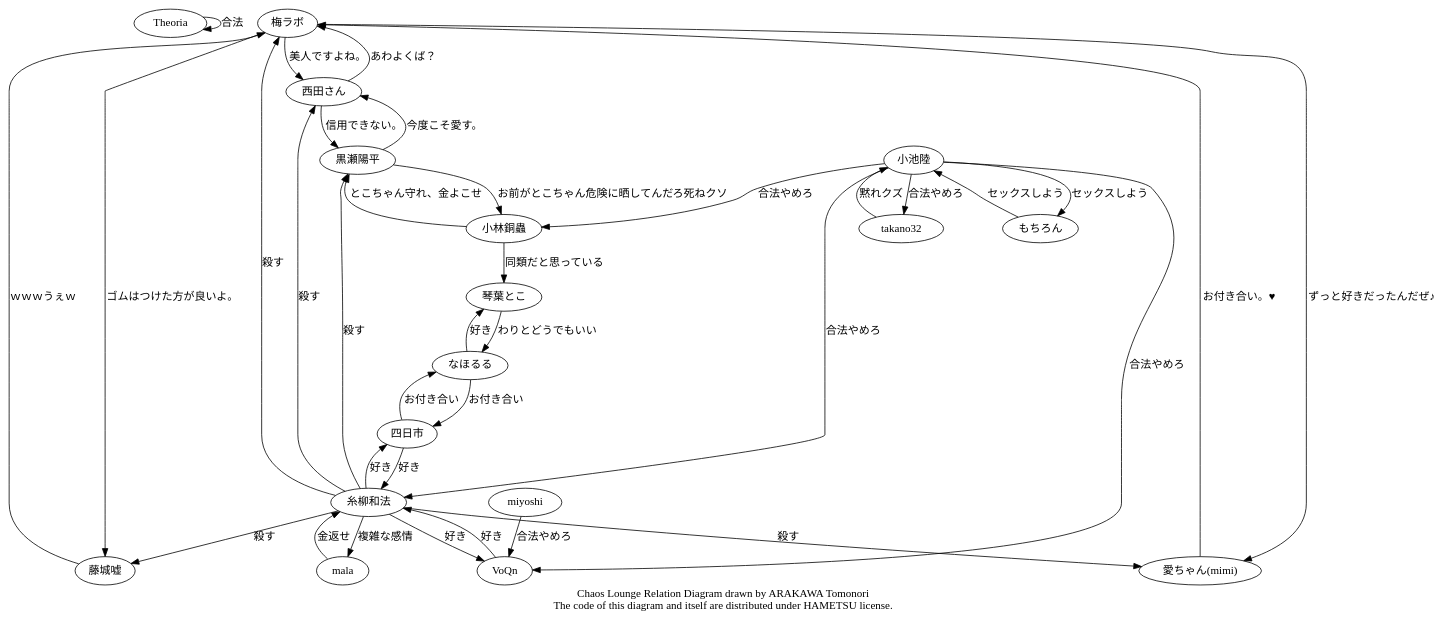
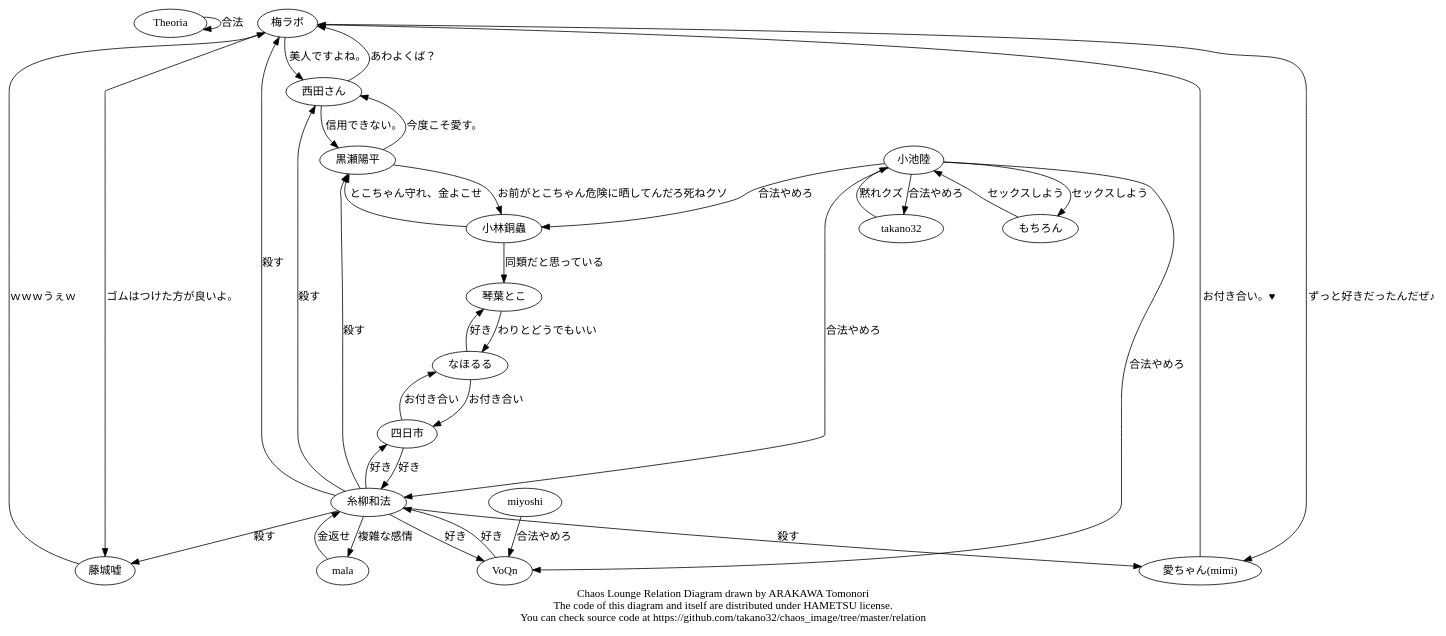
The diagram in chaos.dot (takano32/DynamicRelationGraph), drawn with Graphviz before and after one commit.

Commit message:
add repos url

```diff
--- a/chaos.dot
+++ b/chaos.dot
@@ -1,43 +1,43 @@
 digraph Chaos {
   Theoria   -> Theoria  [label = "合法"];
   梅ラボ    -> 藤城嘘   [label = "ゴムはつけた方が良いよ。"];
   梅ラボ    -> 西田さん [label = "美人ですよね。"];
   梅ラボ -> "愛ちゃん(mimi)" [label = "ずっと好きだったんだぜ♪"];
   藤城嘘   -> 梅ラボ   [label = "ｗｗｗうぇｗ"];
   西田さん -> 梅ラボ   [label = "あわよくば？"];
   西田さん -> 黒瀬陽平 [label = "信用できない。"];
   黒瀬陽平 -> 西田さん [label = "今度こそ愛す。"];
   黒瀬陽平 -> 小林銅蟲 [label = "お前がとこちゃん危険に晒してんだろ死ねクソ"];
   "愛ちゃん(mimi)" -> 梅ラボ [label = "お付き合い。♥"];
   糸柳和法 -> 梅ラボ  [label = "殺す"];
   糸柳和法 -> 藤城嘘   [label = "殺す"];
   糸柳和法 -> 黒瀬陽平 [label = "殺す"];
   糸柳和法 -> 西田さん [label = "殺す"];
   糸柳和法 -> "愛ちゃん(mimi)" [label = "殺す"];
   糸柳和法 -> 四日市 [label = "好き"];
   糸柳和法 -> VoQn [label = "好き"];
   糸柳和法 -> mala [label = "複雑な感情"];
   mala -> 糸柳和法 [label = "金返せ"];
   小池陸 -> 糸柳和法 [label = "合法やめろ"];
   小池陸 -> takano32 [label = "合法やめろ"];
   小池陸 -> 小林銅蟲 [label = "合法やめろ"];
   小池陸 -> VoQn [label = "合法やめろ"];
   小池陸 -> もちろん [label = "セックスしよう"];
   もちろん -> 小池陸 [label = "セックスしよう"];
   miyoshi -> VoQn [label = "合法やめろ"];
   小林銅蟲 -> 黒瀬陽平 [label = "とこちゃん守れ、金よこせ"];
   小林銅蟲 -> 琴葉とこ [label = "同類だと思っている"];
   takano32 -> 小池陸 [label = "黙れクズ"];
   なほるる -> 琴葉とこ [label = "好き"];
   なほるる -> 四日市 [label = "お付き合い"];
   琴葉とこ -> なほるる [label = "わりとどうでもいい"];
   四日市 -> なほるる [label = "お付き合い"];
   四日市 -> 糸柳和法 [label = "好き"];
   VoQn -> 糸柳和法 [label = "好き"];
   subgraph cluster_hoge {
     style = filled;
     color = lightgrey;
     // see also http://graphviz.org/content/cluster
   }
-  label = "Chaos Lounge Relation Diagram drawn by ARAKAWA Tomonori\nThe code of this diagram and itself are distributed under HAMETSU license.";
+  label = "Chaos Lounge Relation Diagram drawn by ARAKAWA Tomonori\nThe code of this diagram and itself are distributed under HAMETSU license.\nYou can check source code at https://github.com/takano32/chaos_image/tree/master/relation";
 }
```
